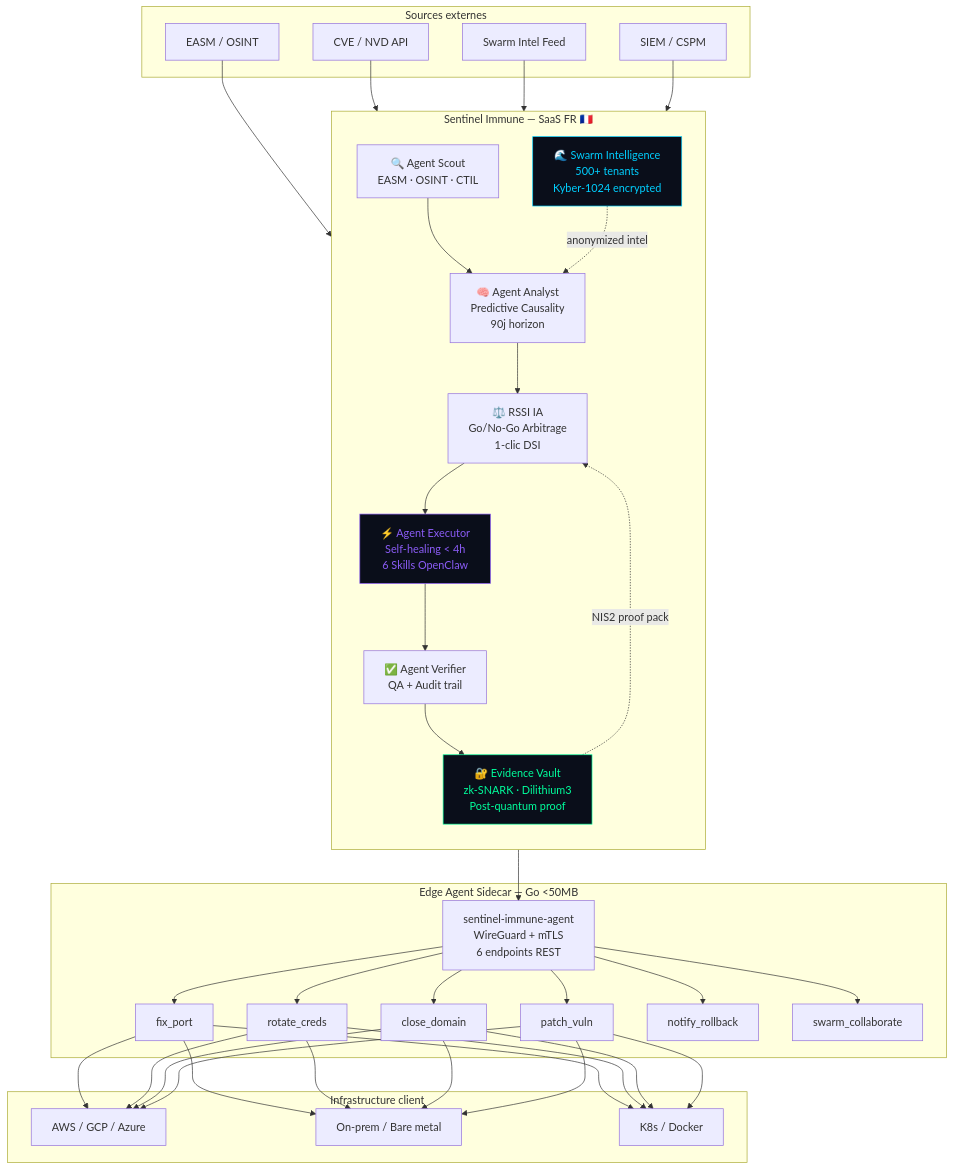
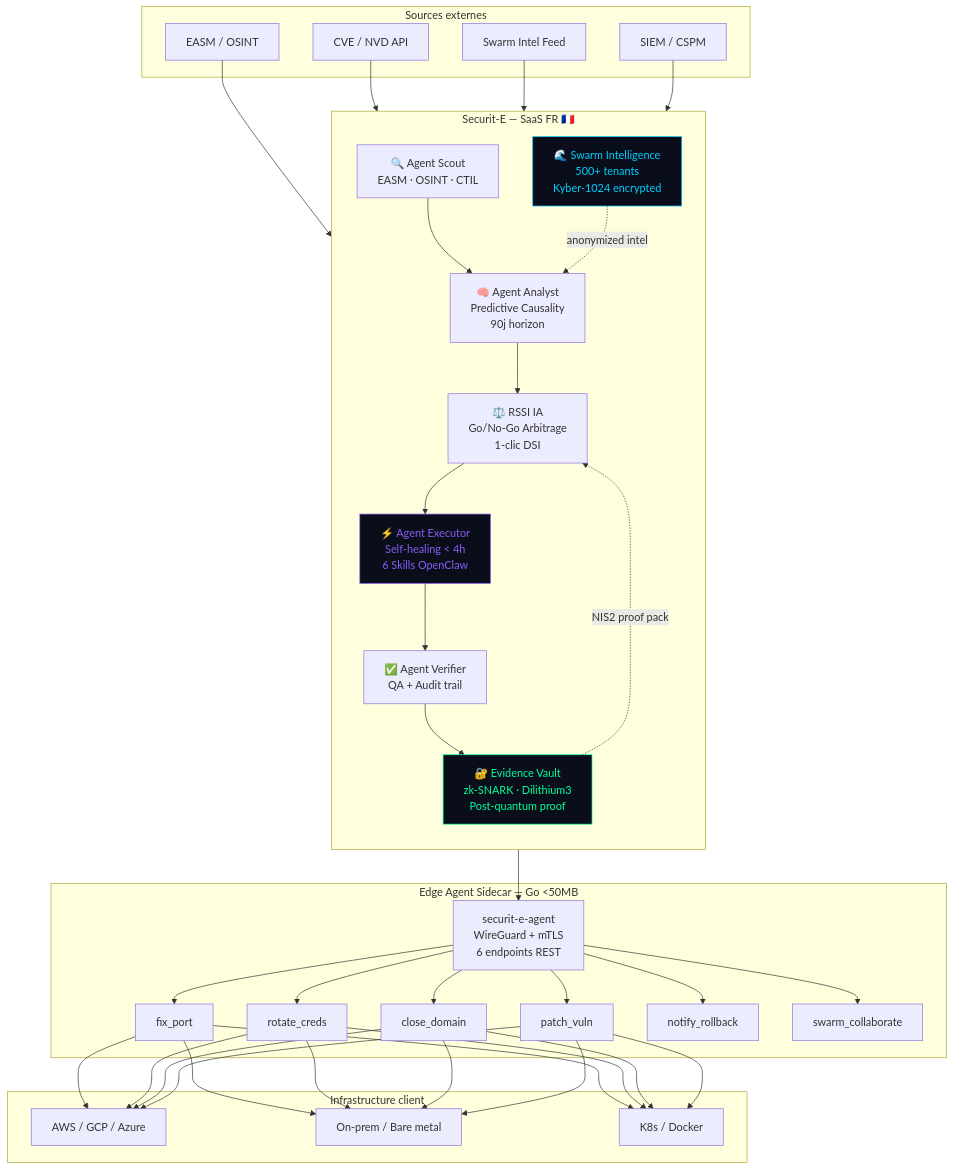
One commit to lemoalvivien-cmyk/edge-proof-keeper changed the first of 3 diagrams in README.md. Above: the diagram before and after it, drawn with Mermaid. The commit also changed other lines of this file and 8 other files, not shown here.

````diff
--- a/README.md
+++ b/README.md
@@ -32,58 +32,58 @@
 ```mermaid
 graph TD
     subgraph "Sources externes"
         S1[EASM / OSINT]
         S2[CVE / NVD API]
         S3[Swarm Intel Feed]
         S4[SIEM / CSPM]
     end
 
-    subgraph "Sentinel Immune — SaaS FR 🇫🇷"
+    subgraph "Securit-E — SaaS FR 🇫🇷"
         direction TB
         SCOUT["🔍 Agent Scout<br/>EASM · OSINT · CTIL"]
         ANALYST["🧠 Agent Analyst<br/>Predictive Causality<br/>90j horizon"]
         GONOGO["⚖️ RSSI IA<br/>Go/No-Go Arbitrage<br/>1-clic DSI"]
         EXECUTOR["⚡ Agent Executor<br/>Self-healing < 4h<br/>6 Skills OpenClaw"]
         VERIFIER["✅ Agent Verifier<br/>QA + Audit trail"]
         VAULT["🔐 Evidence Vault<br/>zk-SNARK · Dilithium3<br/>Post-quantum proof"]
         SWARM["🌊 Swarm Intelligence<br/>500+ tenants<br/>Kyber-1024 encrypted"]
     end
 
     subgraph "Edge Agent Sidecar — Go <50MB"
-        EA["sentinel-immune-agent<br/>WireGuard + mTLS<br/>6 endpoints REST"]
+        EA["securit-e-agent<br/>WireGuard + mTLS<br/>6 endpoints REST"]
         SK1["fix_port"]
         SK2["rotate_creds"]
         SK3["close_domain"]
         SK4["patch_vuln"]
         SK5["notify_rollback"]
         SK6["swarm_collaborate"]
     end
 
     subgraph "Infrastructure client"
         INF1["AWS / GCP / Azure"]
         INF2["On-prem / Bare metal"]
         INF3["K8s / Docker"]
     end
 
     S1 --> SCOUT
     S2 --> SCOUT
     S3 --> SWARM
     S4 --> SCOUT
 
     SCOUT --> ANALYST
     ANALYST --> GONOGO
     GONOGO --> EXECUTOR
     EXECUTOR --> VERIFIER
     VERIFIER --> VAULT
 
     EXECUTOR --> EA
     EA --> SK1 & SK2 & SK3 & SK4 & SK5 & SK6
     SK1 & SK2 & SK3 & SK4 --> INF1 & INF2 & INF3
 
     SWARM -.->|"anonymized intel"| ANALYST
     VAULT -.->|"NIS2 proof pack"| GONOGO
 
     style VAULT fill:#0a0e1a,color:#00ff9d,stroke:#00ff9d
     style SWARM fill:#0a0e1a,color:#00cfff,stroke:#00cfff
     style EXECUTOR fill:#0a0e1a,color:#8b5cf6,stroke:#8b5cf6
 ```
````
